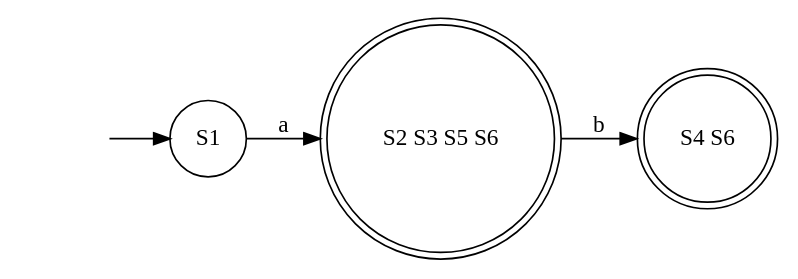
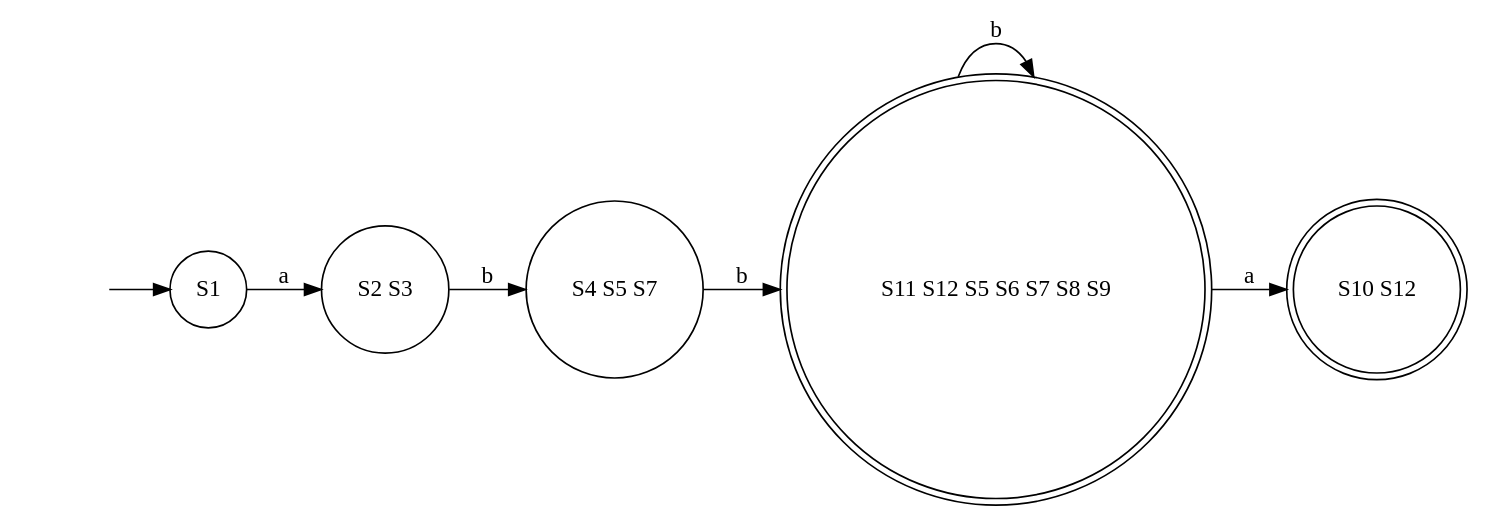
One commit to ZiadSheriif/AutoMajestic changed the diagram in output/dfa/dfa.gv. Above: the diagram before and after it, drawn with Graphviz. The commit also changed 8 other files, not shown here.

```diff
--- a/output/dfa/dfa.gv
+++ b/output/dfa/dfa.gv
@@ -1,10 +1,15 @@
 digraph DFA {
 	"" [shape=none]
 	"" -> S1
 	S1 [shape=circle]
-	S1 -> "S2 S3 S5 S6" [label=a]
-	"S2 S3 S5 S6" [shape=doublecircle]
-	"S2 S3 S5 S6" -> "S4 S6" [label=b]
-	"S4 S6" [shape=doublecircle]
+	S1 -> "S2 S3" [label=a]
+	"S2 S3" [shape=circle]
+	"S2 S3" -> "S4 S5 S7" [label=b]
+	"S4 S5 S7" [shape=circle]
+	"S4 S5 S7" -> "S11 S12 S5 S6 S7 S8 S9" [label=b]
+	"S11 S12 S5 S6 S7 S8 S9" [shape=doublecircle]
+	"S11 S12 S5 S6 S7 S8 S9" -> "S10 S12" [label=a]
+	"S11 S12 S5 S6 S7 S8 S9" -> "S11 S12 S5 S6 S7 S8 S9" [label=b]
+	"S10 S12" [shape=doublecircle]
 	rankdir=LR
 }
```
